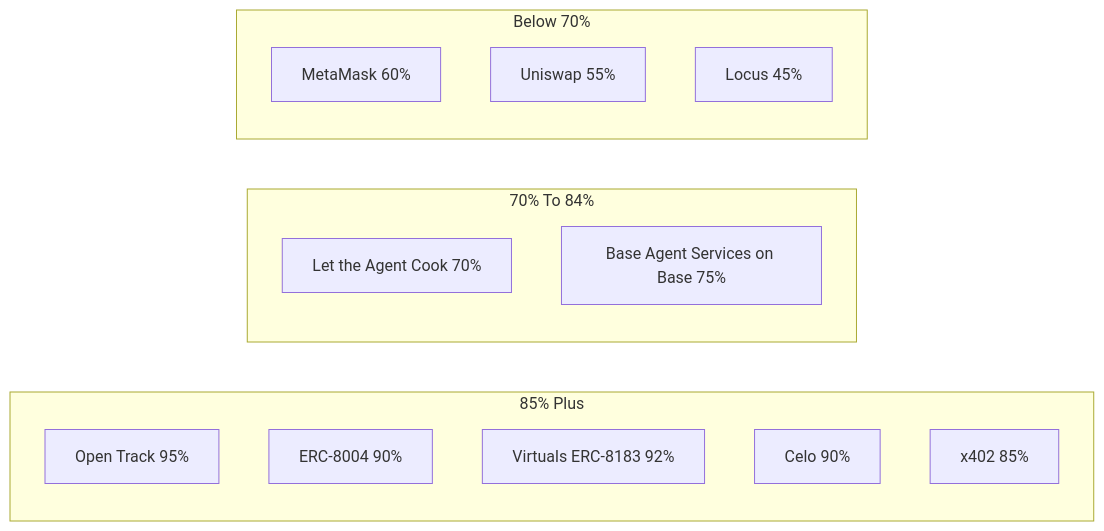
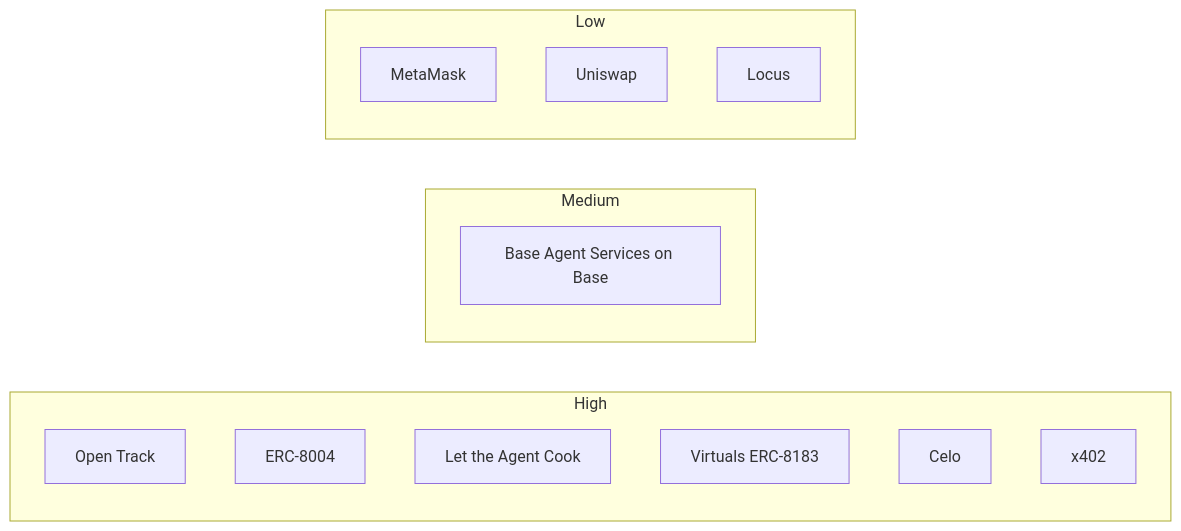
Before and after one commit to Kairen-Protocol/kairen-dealrail: the third of 4 diagrams in docs/submission/06_VISUAL_ARCHITECTURE.md, drawn with Mermaid. The commit also changed other lines of this file and 4 other files, not shown here.

````diff
--- a/docs/submission/06_VISUAL_ARCHITECTURE.md
+++ b/docs/submission/06_VISUAL_ARCHITECTURE.md
@@ -117,21 +91,21 @@
 ```mermaid
 flowchart LR
-  subgraph 85% Plus
-    S1[Open Track 95%]
-    S2[ERC-8004 90%]
-    S3[Virtuals ERC-8183 92%]
-    S4[Celo 90%]
-    S5[x402 85%]
+  subgraph High
+    H1[Open Track]
+    H2[ERC-8004]
+    H3[Let the Agent Cook]
+    H4[Virtuals ERC-8183]
+    H5[Celo]
+    H6[x402]
   end
 
-  subgraph 70% To 84%
-    M1[Let the Agent Cook 70%]
-    M2[Base Agent Services on Base 75%]
+  subgraph Medium
+    M1[Base Agent Services on Base]
   end
 
-  subgraph Below 70%
-    P1[MetaMask 60%]
-    P2[Uniswap 55%]
-    P3[Locus 45%]
+  subgraph Low
+    L1[MetaMask]
+    L2[Uniswap]
+    L3[Locus]
   end
 ```
````
